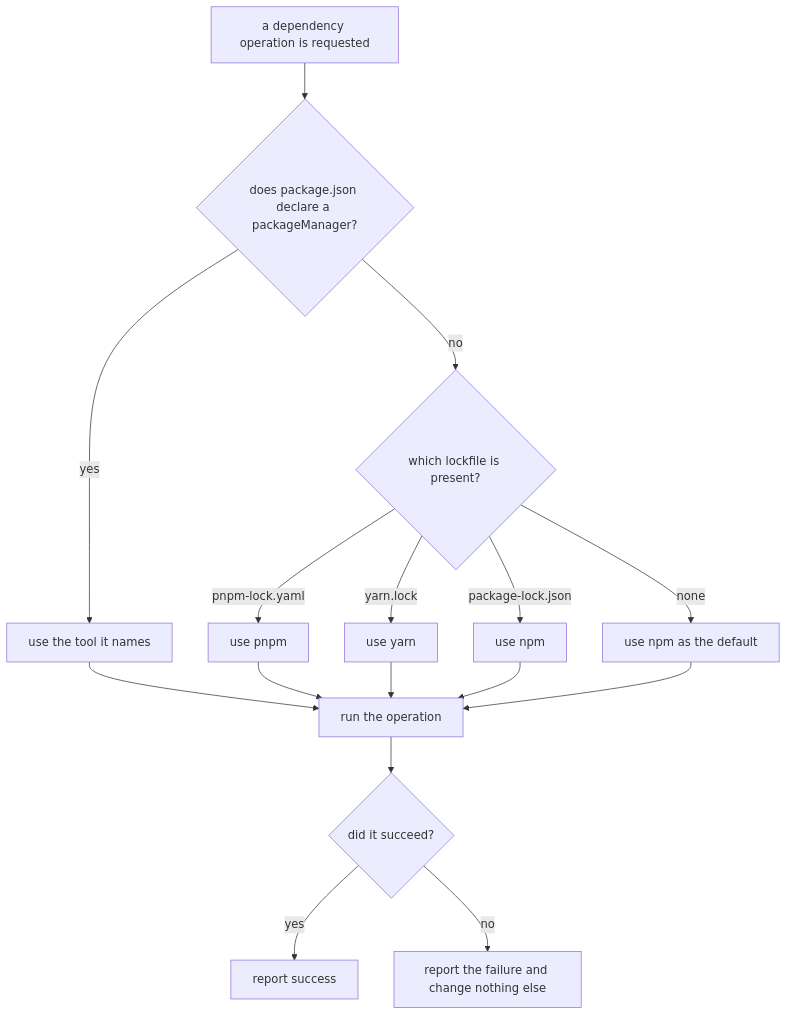
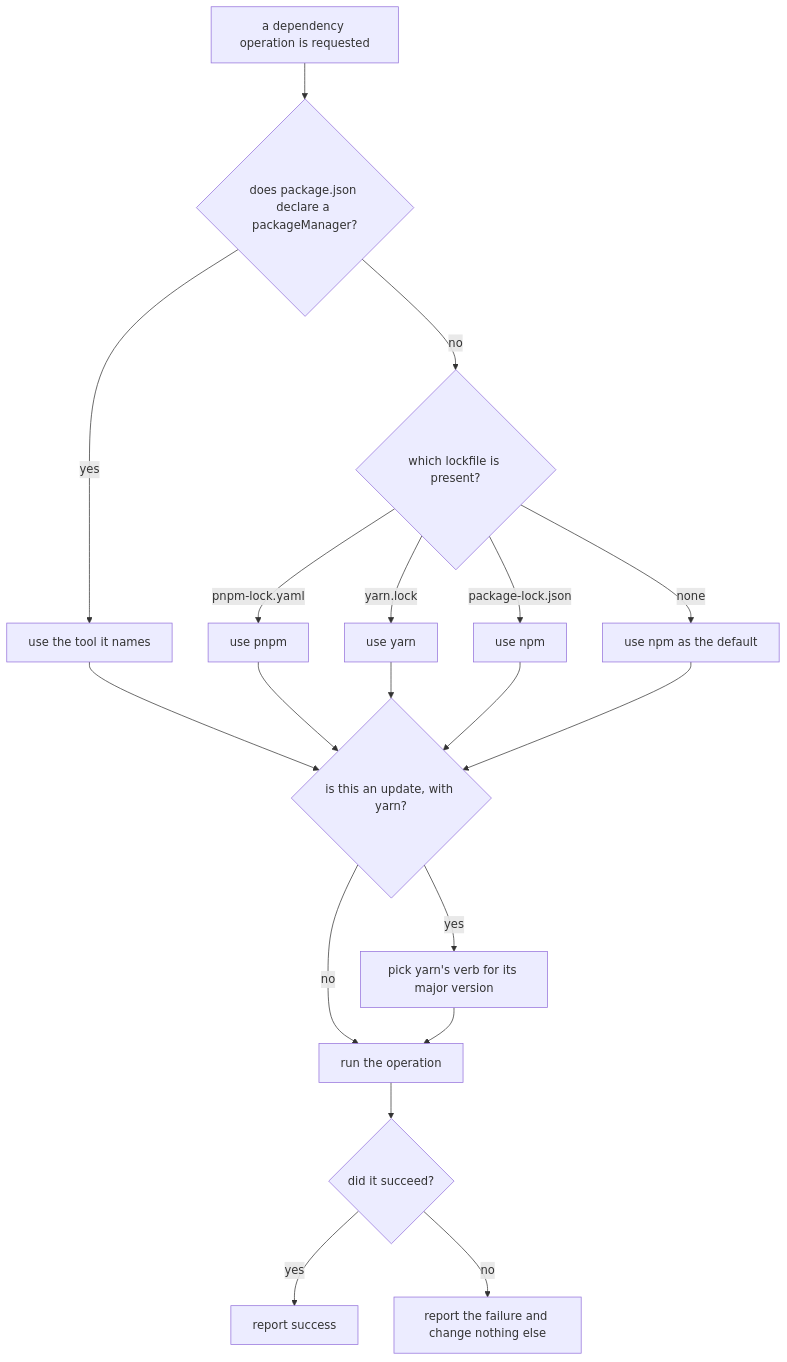
One commit to repobuddy/repobuddy changed the diagram in packages/buddy/.agents/spec/plugin-management/package-manager/README.md. Above: the diagram before and after it, drawn with Mermaid. The commit also changed other lines of this file and 2 other files, not shown here.

````diff
--- a/packages/buddy/.agents/spec/plugin-management/package-manager/README.md
+++ b/packages/buddy/.agents/spec/plugin-management/package-manager/README.md
@@ -40,18 +61,21 @@
 ```mermaid
 graph TD
     A[a dependency operation is requested] --> B{does package.json declare a packageManager?}
     B -->|yes| B1[use the tool it names]
     B -->|no| C{which lockfile is present?}
     C -->|pnpm-lock.yaml| C1[use pnpm]
     C -->|yarn.lock| C2[use yarn]
     C -->|package-lock.json| C3[use npm]
     C -->|none| C4[use npm as the default]
-    B1 --> D[run the operation]
-    C1 --> D
-    C2 --> D
-    C3 --> D
-    C4 --> D
+    B1 --> V
+    C1 --> V
+    C2 --> V
+    C3 --> V
+    C4 --> V
+    V{is this an update, with yarn?} -->|no| D[run the operation]
+    V -->|yes| V1[pick yarn's verb for its major version]
+    V1 --> D
     D --> E{did it succeed?}
     E -->|yes| E1[report success]
     E -->|no| E2[report the failure and change nothing else]
 ```
````
